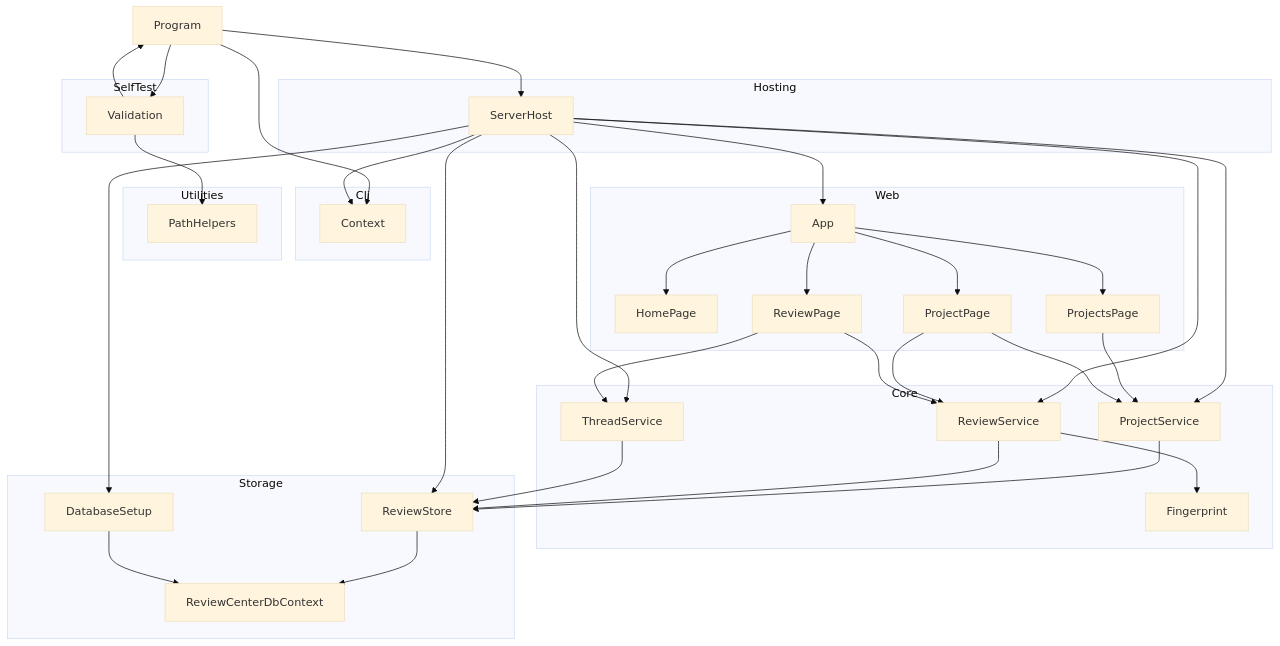
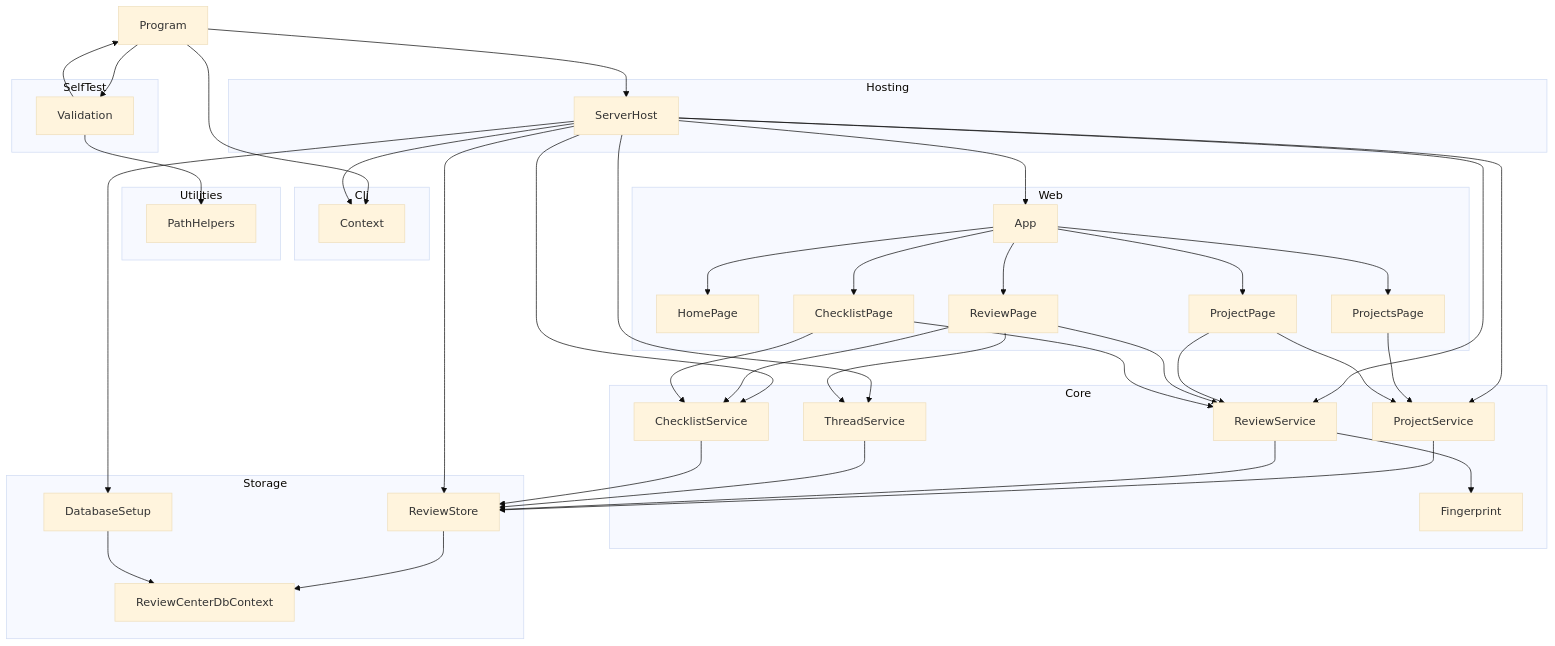
Before and after one commit to demaconsulting/ReviewCenter: the diagram in docs/design/review-center.md, drawn with Mermaid (base theme). The commit also changed other lines of this file and 82 other files, not shown here.

First line of the commit message:
Slice 3: per-review checklist (#9)

````diff
--- a/docs/design/review-center.md
+++ b/docs/design/review-center.md
@@ -11,61 +11,69 @@
 ```mermaid
 flowchart TD
     Program
     subgraph Cli
         Context
     end
     subgraph SelfTest
         Validation
     end
     subgraph Utilities
         PathHelpers
     end
     subgraph Hosting
         ServerHost
     end
     subgraph Web
         App
         HomePage
         ProjectsPage
         ProjectPage
         ReviewPage
+        ChecklistPage
     end
     subgraph Core
         Fingerprint
         ProjectService
         ReviewService
         ThreadService
+        ChecklistService
     end
     subgraph Storage
         ReviewCenterDbContext
         ReviewStore
         DatabaseSetup
     end
     Program --> Context
     Program --> Validation
     Program --> ServerHost
     Validation --> Program
     Validation --> PathHelpers
     ServerHost --> Context
     ServerHost --> App
     ServerHost --> DatabaseSetup
     ServerHost --> ReviewStore
     ServerHost --> ProjectService
     ServerHost --> ReviewService
     ServerHost --> ThreadService
+    ServerHost --> ChecklistService
     App --> HomePage
     App --> ProjectsPage
     App --> ProjectPage
     App --> ReviewPage
+    App --> ChecklistPage
     ProjectsPage --> ProjectService
     ProjectPage --> ProjectService
     ProjectPage --> ReviewService
     ReviewPage --> ReviewService
     ReviewPage --> ThreadService
+    ReviewPage --> ChecklistService
+    ChecklistPage --> ReviewService
+    ChecklistPage --> ChecklistService
     ReviewService --> Fingerprint
     ProjectService --> ReviewStore
     ReviewService --> ReviewStore
     ThreadService --> ReviewStore
+    ChecklistService --> ReviewStore
     ReviewStore --> ReviewCenterDbContext
     DatabaseSetup --> ReviewCenterDbContext
 ```
````
